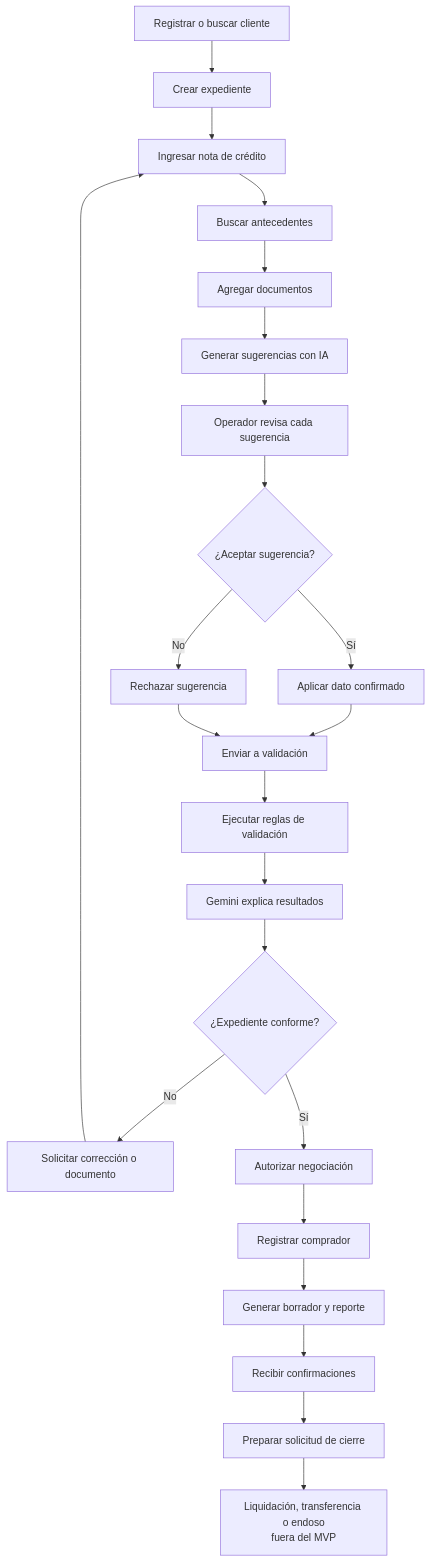
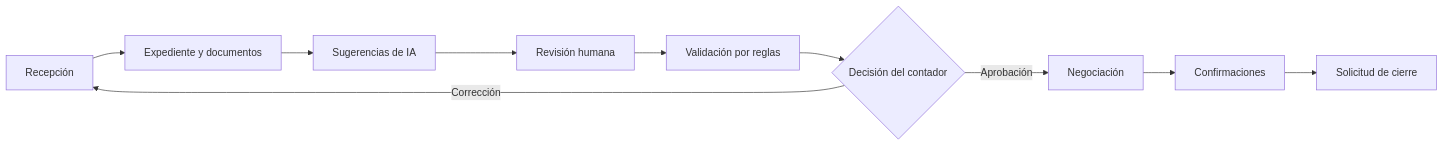
The diagram in README.md (Jareth20/CrediTrade), drawn with Mermaid before and after one commit. The commit also changed other lines of this file and 3 other files, not shown here.

````diff
--- a/README.md
+++ b/README.md
@@ -426,52 +22,12 @@
 ```mermaid
-flowchart TD
-    A[Registrar o buscar cliente]
-    B[Crear expediente]
-    C[Ingresar nota de crédito]
-    D[Buscar antecedentes]
-    E[Agregar documentos]
-    F[Generar sugerencias con IA]
-    G[Operador revisa cada sugerencia]
-    H{¿Aceptar sugerencia?}
-    I[Aplicar dato confirmado]
-    J[Rechazar sugerencia]
-    K[Enviar a validación]
-    L[Ejecutar reglas de validación]
-    M[Gemini explica resultados]
-    N{¿Expediente conforme?}
-    O[Solicitar corrección o documento]
-    P[Autorizar negociación]
-    Q[Registrar comprador]
-    R[Generar borrador y reporte]
-    S[Recibir confirmaciones]
-    T[Preparar solicitud de cierre]
-    U[Liquidación, transferencia o endoso<br>fuera del MVP]
-
-    A --> B
-    B --> C
-    C --> D
-    D --> E
-    E --> F
-    F --> G
-    G --> H
-
-    H -- Sí --> I
-    H -- No --> J
-
-    I --> K
-    J --> K
-
-    K --> L
-    L --> M
-    M --> N
-
-    N -- No --> O
-    O --> C
-
-    N -- Sí --> P
-    P --> Q
-    Q --> R
-    R --> S
-    S --> T
-    T --> U
+flowchart LR
+    A[Recepción] --> B[Expediente y documentos]
+    B --> C[Sugerencias de IA]
+    C --> D[Revisión humana]
+    D --> E[Validación por reglas]
+    E --> F{Decisión del contador}
+    F -->|Corrección| A
+    F -->|Aprobación| G[Negociación]
+    G --> H[Confirmaciones]
+    H --> I[Solicitud de cierre]
 ```
````
